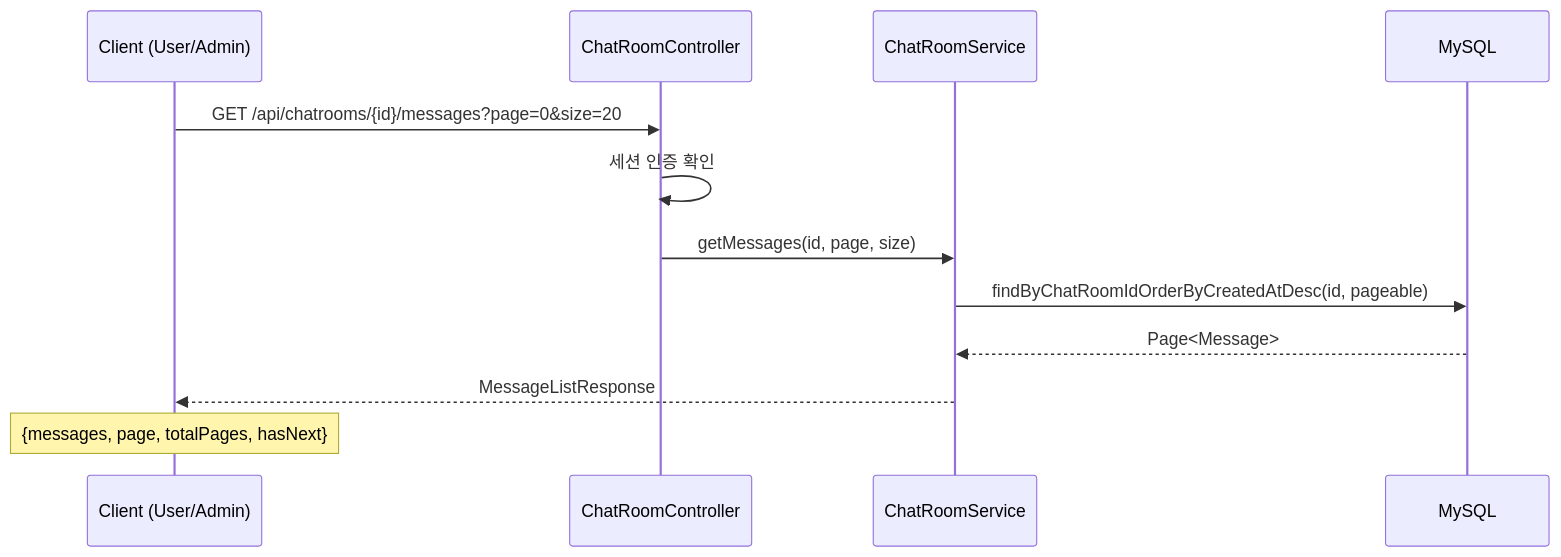
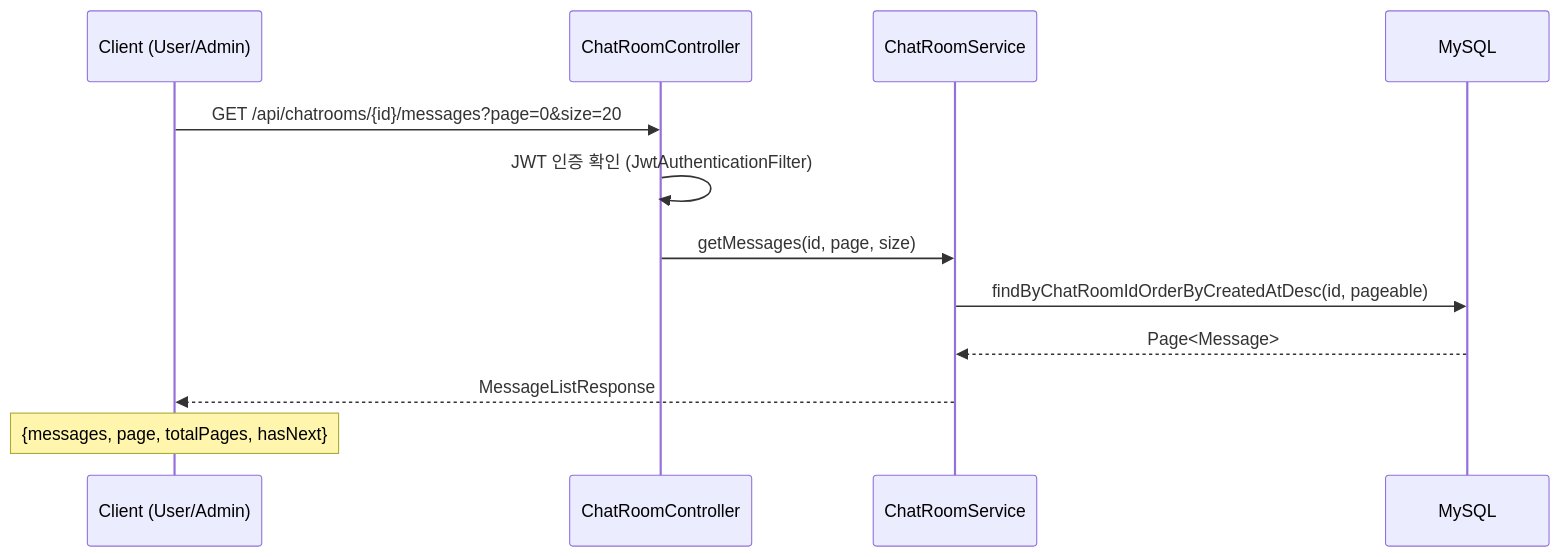
Diagram 12 of 18 in WORKFLOW_GUIDE.md (zooozoo/chat_poc), drawn with Mermaid before and after one commit. The commit also changed other lines of this file and 24 other files, not shown here.

First line of the commit message:
Change authentication method from session to jwt

````diff
--- a/WORKFLOW_GUIDE.md
+++ b/WORKFLOW_GUIDE.md
@@ -596,16 +1069,16 @@
 ```mermaid
 sequenceDiagram
     participant Client as Client (User/Admin)
     participant API as ChatRoomController
     participant S as ChatRoomService
     participant DB as MySQL
 
     Client->>API: GET /api/chatrooms/{id}/messages?page=0&size=20
-    API->>API: 세션 인증 확인
+    API->>API: JWT 인증 확인 (JwtAuthenticationFilter)
     API->>S: getMessages(id, page, size)
     S->>DB: findByChatRoomIdOrderByCreatedAtDesc(id, pageable)
     DB-->>S: Page<Message>
     S-->>Client: MessageListResponse
 
     Note over Client: {messages, page, totalPages, hasNext}
 ```
````
